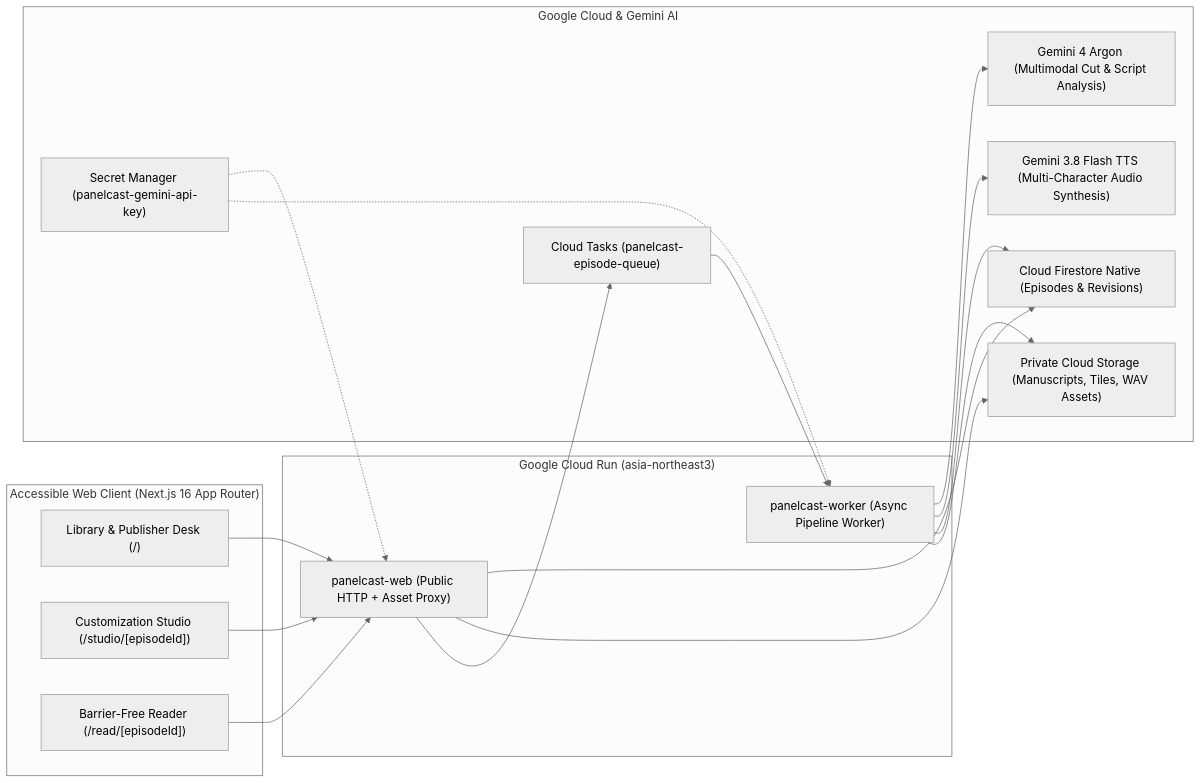
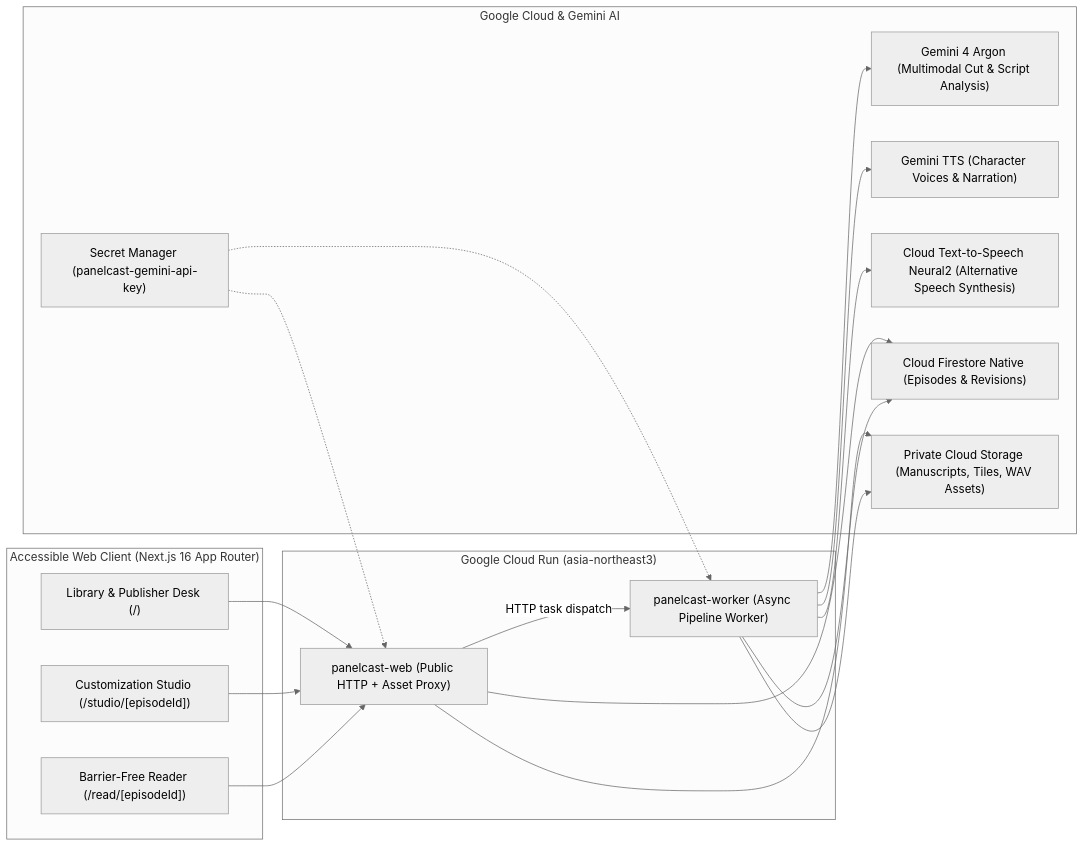
The diagram in README.md (froggy-hyun/PanelCast), drawn with Mermaid (neutral theme) before and after one commit. The commit also changed other lines of this file and 3 other files, not shown here.

````diff
--- a/README.md
+++ b/README.md
@@ -40,36 +83,36 @@
 ```mermaid
 flowchart LR
   subgraph Client["Accessible Web Client (Next.js 16 App Router)"]
     Home["Library & Publisher Desk (/)"]
     Studio["Customization Studio (/studio/[episodeId])"]
     Reader["Barrier-Free Reader (/read/[episodeId])"]
   end
 
   subgraph CloudRun["Google Cloud Run (asia-northeast3)"]
     WebSvc["panelcast-web (Public HTTP + Asset Proxy)"]
     WorkerSvc["panelcast-worker (Async Pipeline Worker)"]
   end
 
   subgraph GCP["Google Cloud & Gemini AI"]
     GeminiVision["Gemini 4 Argon (Multimodal Cut & Script Analysis)"]
-    GeminiTTS["Gemini 3.8 Flash TTS (Multi-Character Audio Synthesis)"]
+    GeminiTTS["Gemini TTS (Character Voices & Narration)"]
+    CloudTTS["Cloud Text-to-Speech Neural2 (Alternative Speech Synthesis)"]
     Firestore["Cloud Firestore Native (Episodes & Revisions)"]
     GCS["Private Cloud Storage (Manuscripts, Tiles, WAV Assets)"]
-    Tasks["Cloud Tasks (panelcast-episode-queue)"]
     Secrets["Secret Manager (panelcast-gemini-api-key)"]
   end
 
   Home --> WebSvc
   Studio --> WebSvc
   Reader --> WebSvc
   WebSvc --> Firestore
   WebSvc --> GCS
-  WebSvc --> Tasks
-  Tasks --> WorkerSvc
+  WebSvc -->|HTTP task dispatch| WorkerSvc
   WorkerSvc --> GeminiVision
   WorkerSvc --> GeminiTTS
+  WorkerSvc --> CloudTTS
   WorkerSvc --> Firestore
   WorkerSvc --> GCS
   Secrets -.-> WebSvc
   Secrets -.-> WorkerSvc
 ```
````
